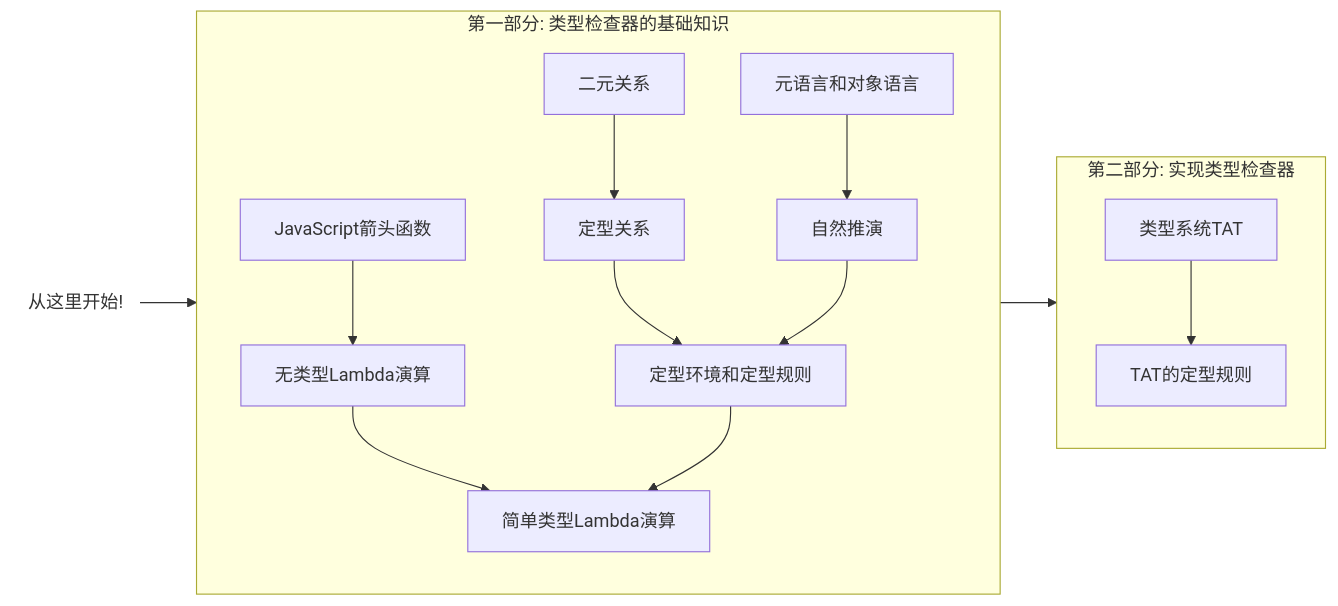
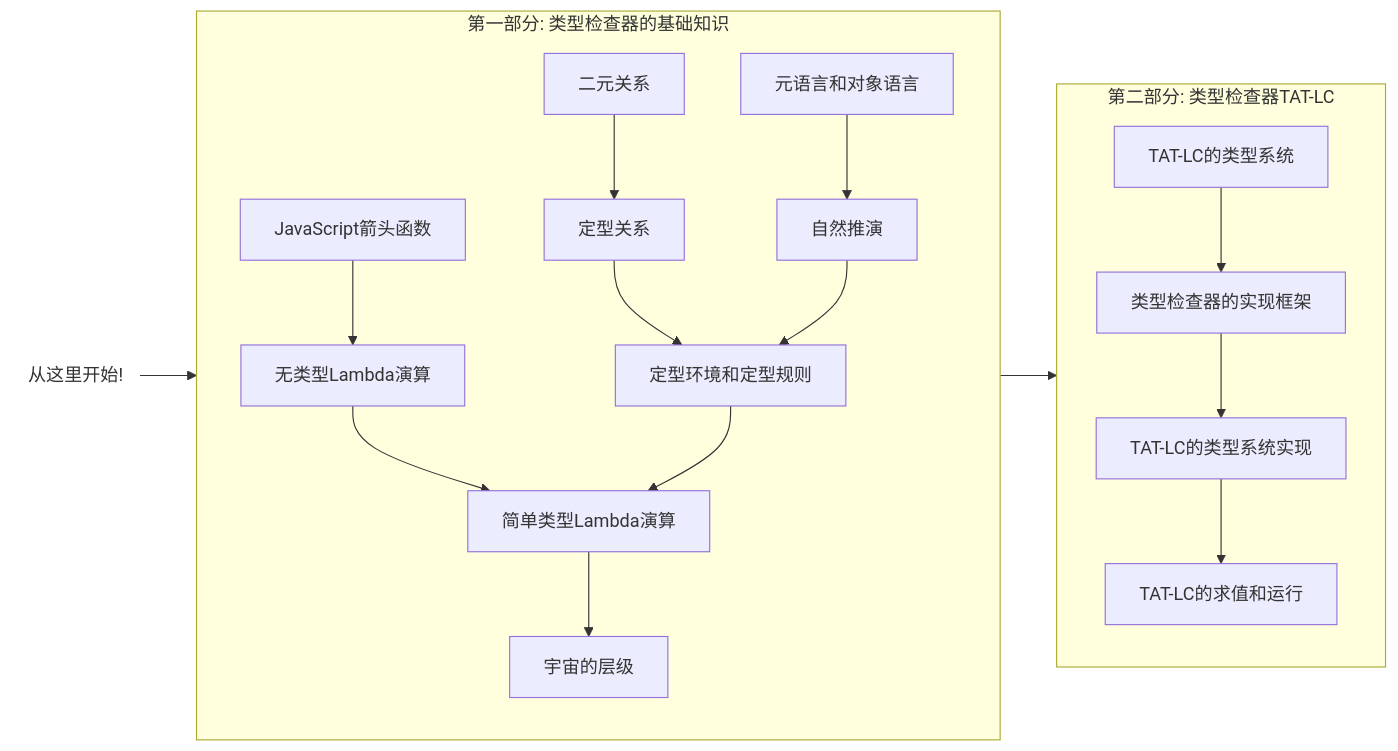
Before and after one commit to suica/write-you-a-typescript: the diagram in slides/slides.md, drawn with Mermaid. The commit also changed other lines of this file, not shown here.

Commit message:
feat(sec 2): add description for tat

````diff
--- a/slides/slides.md
+++ b/slides/slides.md
@@ -444,23 +444,23 @@
 ```mermaid {scale: 0.9}
 flowchart LR
   subgraph Part1[第一部分: 类型检查器的基础知识]
     direction TB
     ArrowFunction[JavaScript箭头函数] --> UTLC[无类型Lambda演算]
-    UTLC --> STLC
+    UTLC --> STLC --> 宇宙的层级
     BinaryRelation[二元关系] --> TypingRelation[定型关系]
     TypingRelation --> TypingContext[定型环境和定型规则]
     TypingContext --> STLC[简单类型Lambda演算]
     MetaLanguage[元语言和对象语言] --> NaturalDeduction[自然推演] 
     NaturalDeduction --> TypingContext
   end
 
-  subgraph Part2[第二部分: 实现类型检查器]
+  subgraph Part2[第二部分: 类型检查器TAT-LC]
     direction TB
-    TAT[类型系统TAT] --> TATRules[TAT的定型规则]
+    TATRules[TAT-LC的类型系统] --> TATFrameWork[类型检查器的实现框架]
+    TATFrameWork --> TATTypeScriptImpl[TAT-LC的类型系统实现] --> TATEval[TAT-LC的求值和运行]
   end
 
   Start(从这里开始!) --> Part1 --> Part2
   style Start fill:none,stroke:none
 
-
 ```
````
